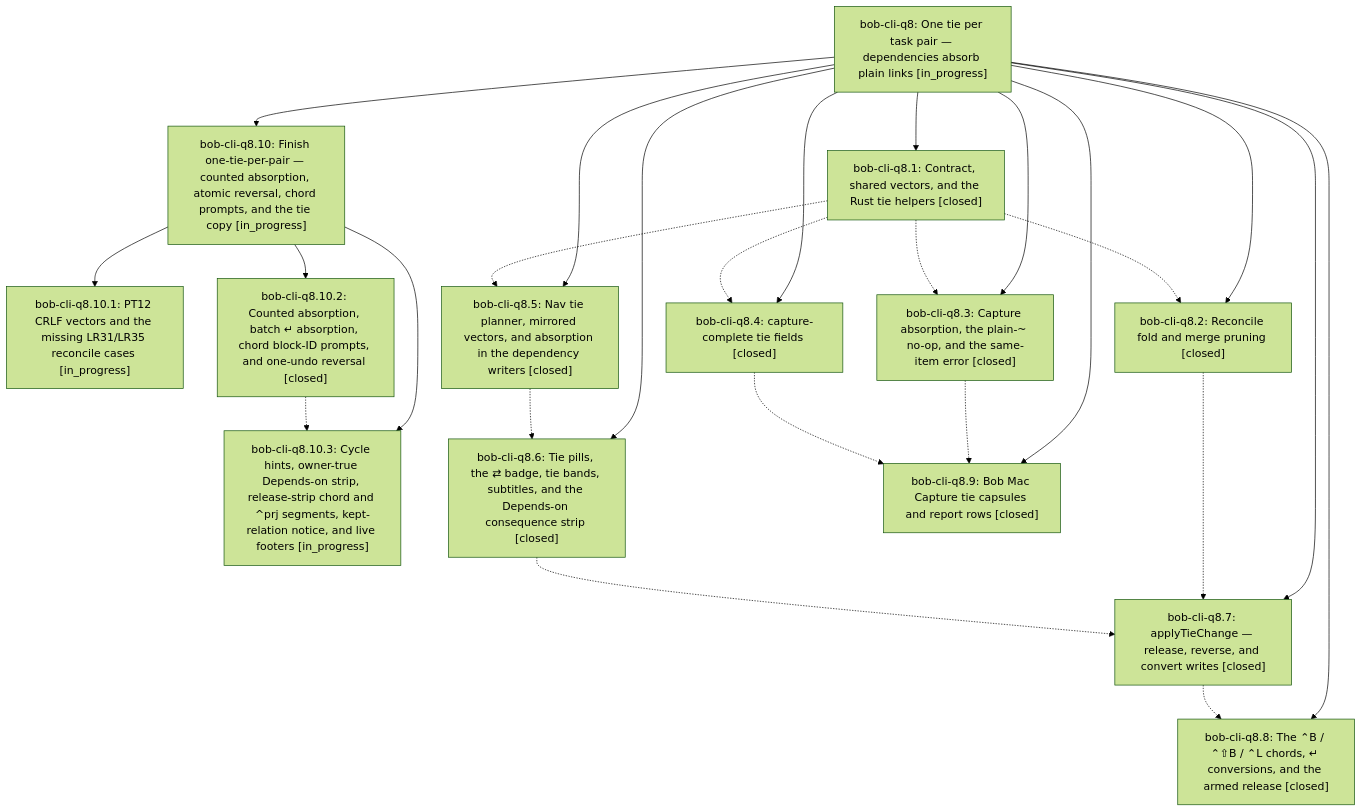
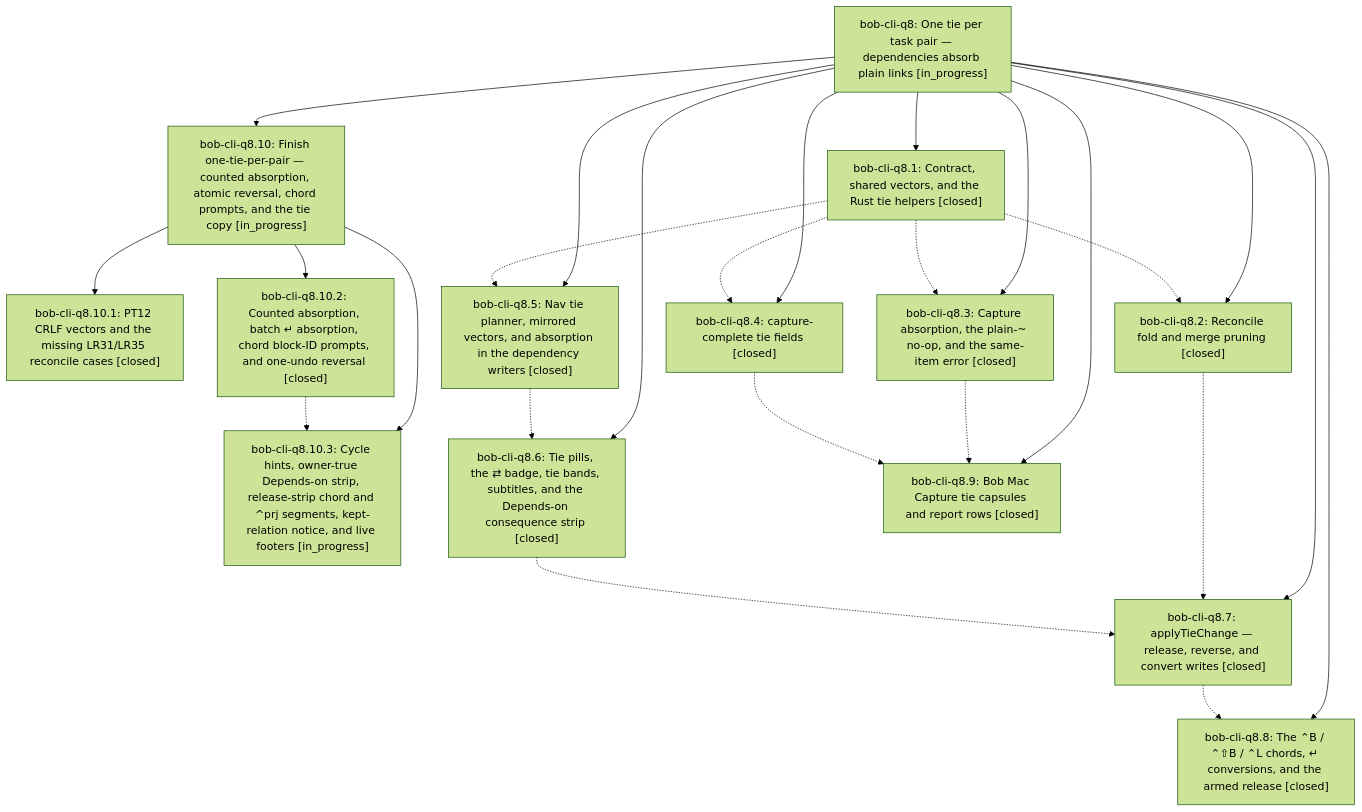
Before and after one commit to bobs-org/bob-cli--beads: the diagram in pages/bob-cli-q8/README.md, drawn with Mermaid (forest theme). The commit also changed other lines of this file and 3 other files, not shown here.

First line of the commit message:
chore(beads): sync bead state and pages for bob-cli-q8

````diff
--- a/pages/bob-cli-q8/README.md
+++ b/pages/bob-cli-q8/README.md
@@ -50,41 +50,41 @@
 ```mermaid
 flowchart TD
     n0["bob-cli-q8: One tie per task pair — dependencies absorb plain links [in_progress]"]
     n1["bob-cli-q8.1: Contract, shared vectors, and the Rust tie helpers [closed]"]
     n2["bob-cli-q8.10: Finish one-tie-per-pair — counted absorption, atomic reversal, chord prompts, and the tie copy [in_progress]"]
-    n3["bob-cli-q8.10.1: PT12 CRLF vectors and the missing LR31/LR35 reconcile cases [in_progress]"]
+    n3["bob-cli-q8.10.1: PT12 CRLF vectors and the missing LR31/LR35 reconcile cases [closed]"]
     n4["bob-cli-q8.10.2: Counted absorption, batch ↵ absorption, chord block-ID prompts, and one-undo reversal [closed]"]
     n5["bob-cli-q8.10.3: Cycle hints, owner-true Depends-on strip, release-strip chord and ^prj segments, kept-relation notice, and live footers [in_progress]"]
     n6["bob-cli-q8.2: Reconcile fold and merge pruning [closed]"]
     n7["bob-cli-q8.3: Capture absorption, the plain-~ no-op, and the same-item error [closed]"]
     n8["bob-cli-q8.4: capture-complete tie fields [closed]"]
     n9["bob-cli-q8.5: Nav tie planner, mirrored vectors, and absorption in the dependency writers [closed]"]
     n10["bob-cli-q8.6: Tie pills, the ⇄ badge, tie bands, subtitles, and the Depends-on consequence strip [closed]"]
     n11["bob-cli-q8.7: applyTieChange — release, reverse, and convert writes [closed]"]
     n12["bob-cli-q8.8: The ⌃B / ⌃⇧B / ⌃L chords, ↵ conversions, and the armed release [closed]"]
     n13["bob-cli-q8.9: Bob Mac Capture tie capsules and report rows [closed]"]
     n0 --> n1
     n0 --> n2
     n2 --> n3
     n2 --> n4
     n2 --> n5
     n0 --> n6
     n0 --> n7
     n0 --> n8
     n0 --> n9
     n0 --> n10
     n0 --> n11
     n0 --> n12
     n0 --> n13
     n1 -.-> n6
     n1 -.-> n7
     n1 -.-> n8
     n1 -.-> n9
     n4 -.-> n5
     n6 -.-> n11
     n7 -.-> n13
     n8 -.-> n13
     n9 -.-> n10
     n10 -.-> n11
     n11 -.-> n12
 ```
````
